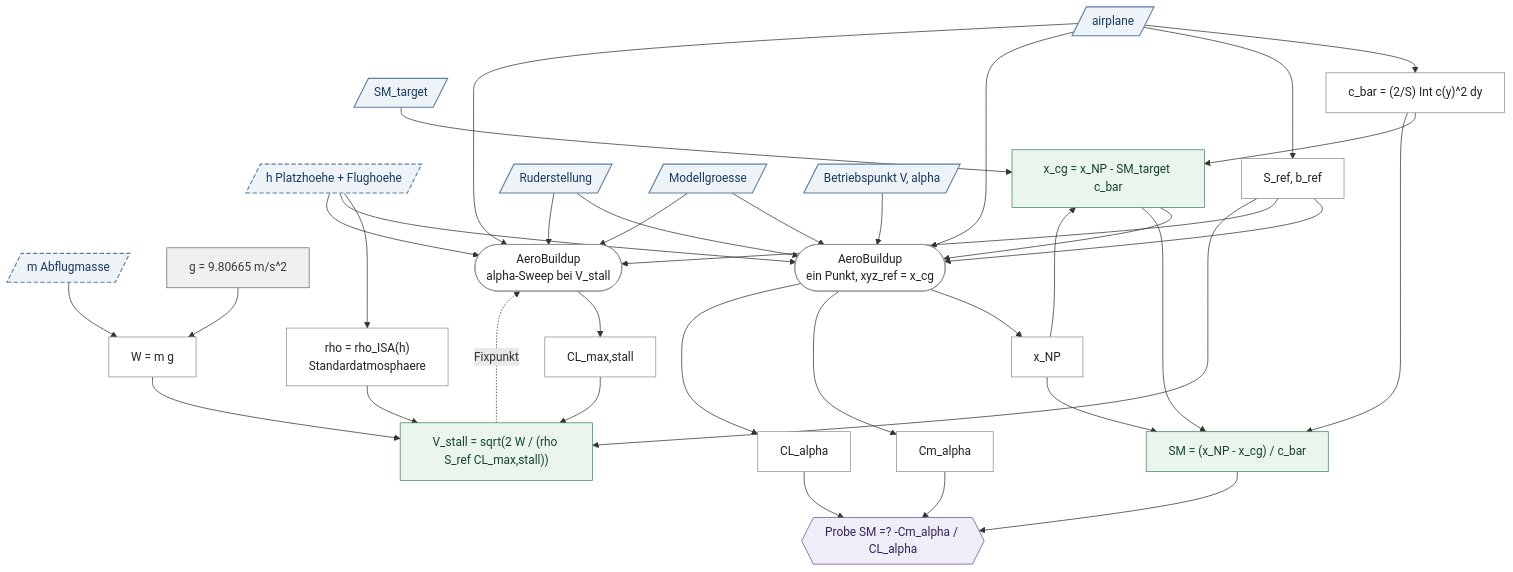
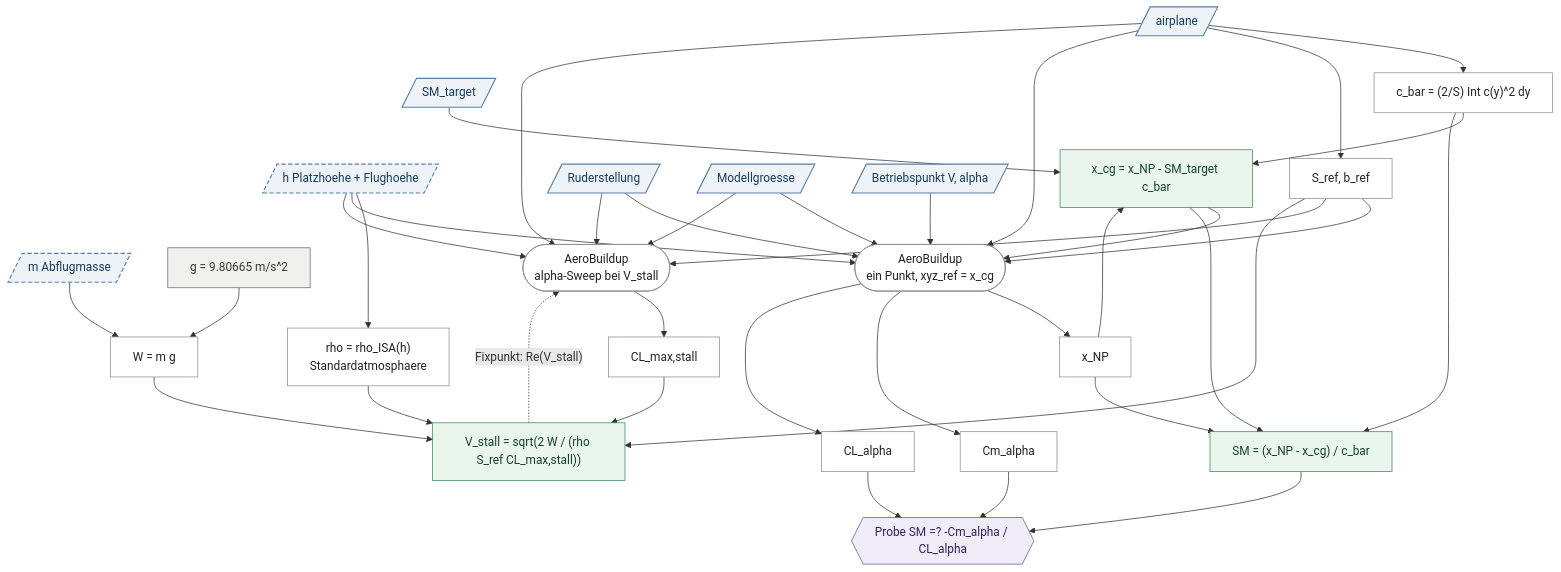
One commit to szymansk/da3Dalus changed the second of 2 diagrams in _reversa_sdd/calculations/canon/PFAD3.md. Above: the diagram before and after it, drawn with Mermaid. The commit also changed other lines of this file and 1 other file, not shown here.

````diff
--- a/_reversa_sdd/calculations/canon/PFAD3.md
+++ b/_reversa_sdd/calculations/canon/PFAD3.md
@@ -424,79 +424,79 @@
 ```mermaid
 flowchart TD
   classDef inp fill:#eef3f8,stroke:#5a7fa6,stroke-width:1.5px,color:#173a5e
   classDef est fill:#eef3f8,stroke:#5a7fa6,stroke-width:1.5px,stroke-dasharray:6 3,color:#173a5e
   classDef drv fill:#ffffff,stroke:#8a8f98,color:#222
   classDef chk fill:#f0ecf8,stroke:#6b4fa0,color:#33235c
   classDef konst fill:#f0f0ee,stroke:#6b6b66,color:#3a3a36
   classDef out fill:#eaf5ee,stroke:#3d8a5a,color:#14432a
 
   GEO[/"airplane"/]:::inp
   SMT[/"SM_target"/]:::inp
   MEST[/"m  Abflugmasse"/]:::est
   HOEHE[/"h  Platzhoehe + Flughoehe"/]:::est
   GRAV["g = 9.80665 m/s^2"]:::konst
 
   MAC["c_bar = (2/S) Int c(y)^2 dy"]:::drv
   SREF["S_ref, b_ref"]:::drv
   ATM["rho = rho_ISA(h)<br/>Standardatmosphaere"]:::drv
   W["W = m g"]:::drv
 
   CTRL[/"Ruderstellung"/]:::inp
   FID[/"Modellgroesse"/]:::inp
   OP[/"Betriebspunkt V, alpha"/]:::inp
 
   RUN(["AeroBuildup<br/>ein Punkt, xyz_ref = x_cg"]):::drv
   SWEEP(["AeroBuildup<br/>alpha-Sweep bei V_stall"]):::drv
 
   XNP["x_NP"]:::drv
   CMA["Cm_alpha"]:::drv
   CLA["CL_alpha"]:::drv
   CLMAX["CL_max,stall"]:::drv
 
   CGD["x_cg = x_NP - SM_target c_bar"]:::out
   SM["SM = (x_NP - x_cg) / c_bar"]:::out
   RT{{"Probe SM =? -Cm_alpha / CL_alpha"}}:::chk
   VS["V_stall = sqrt(2 W / (rho S_ref CL_max,stall))"]:::out
 
   GEO --> MAC
   GEO --> SREF
   GEO --> RUN
   GEO --> SWEEP
   SREF --> RUN
   SREF --> SWEEP
   CTRL --> RUN
   CTRL --> SWEEP
   FID --> RUN
   FID --> SWEEP
   OP --> RUN
 
   MEST --> W
   GRAV --> W
   HOEHE --> ATM
   HOEHE --> RUN
   HOEHE --> SWEEP
 
   RUN --> XNP
   RUN --> CMA
   RUN --> CLA
 
   XNP --> CGD
   MAC --> CGD
   SMT --> CGD
   CGD --> RUN
 
   XNP --> SM
   MAC --> SM
   CGD --> SM
   SM --> RT
   CMA --> RT
   CLA --> RT
 
   SWEEP --> CLMAX
   W --> VS
   ATM --> VS
   SREF --> VS
   CLMAX --> VS
-  VS -. "Fixpunkt" .-> SWEEP
+  VS -. "Fixpunkt: Re(V_stall)" .-> SWEEP
 
 ```
````
